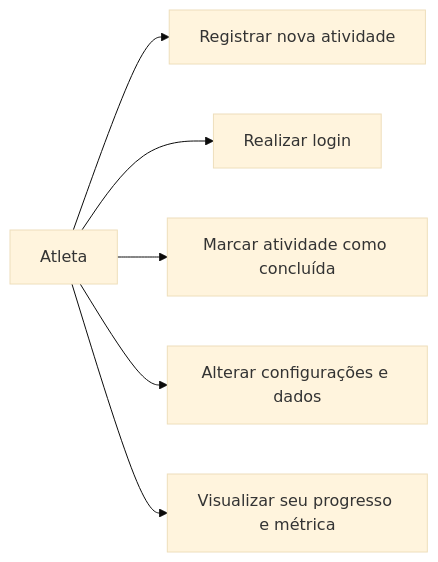
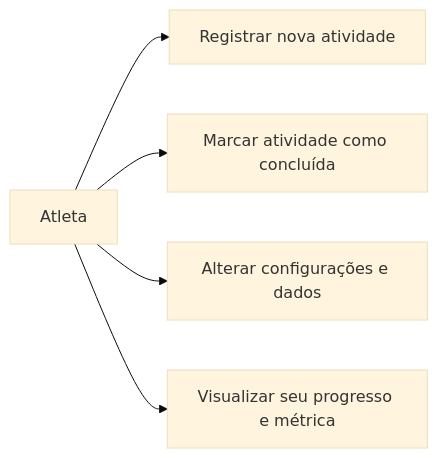
The second of 2 diagrams in fit_life/README.md (thayssamaneo/WidgetEstrutura), drawn with Mermaid (base theme) before and after one commit. The commit also changed other lines of this file and 6 other files, not shown here.

````diff
--- a/fit_life/README.md
+++ b/fit_life/README.md
@@ -265,11 +252,10 @@
 ```mermaid
 
 flowchart LR
     Atleta --> UC1[Registrar nova atividade]
-    Atleta --> UC2[Realizar login]
-    Atleta --> UC3[Marcar atividade como concluída]
-    Atleta --> UC4[Alterar configurações e dados]
-    Atleta --> UC5[Visualizar seu progresso e métrica]
+    Atleta --> UC2[Marcar atividade como concluída]
+    Atleta --> UC3[Alterar configurações e dados]
+    Atleta --> UC4[Visualizar seu progresso e métrica]
     
 
 ```
````
